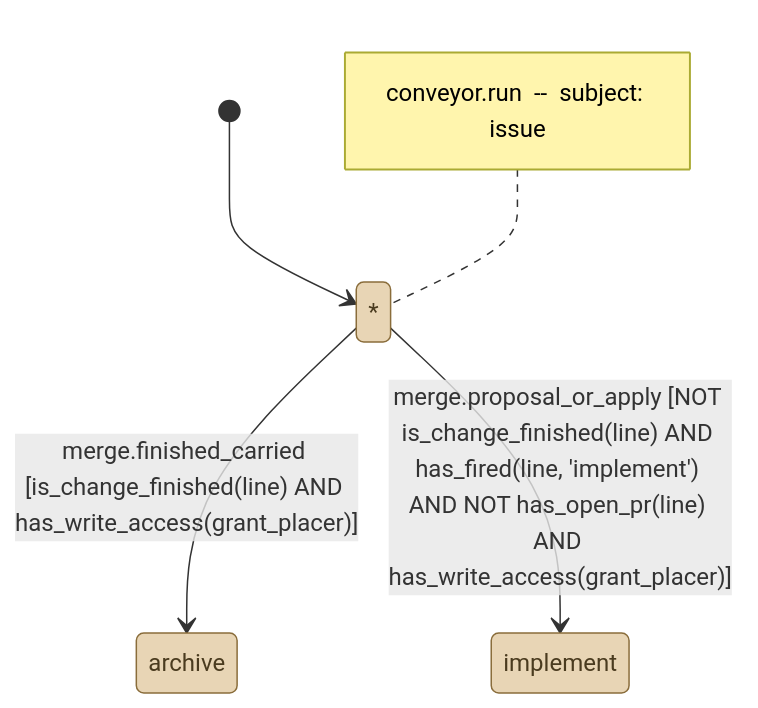
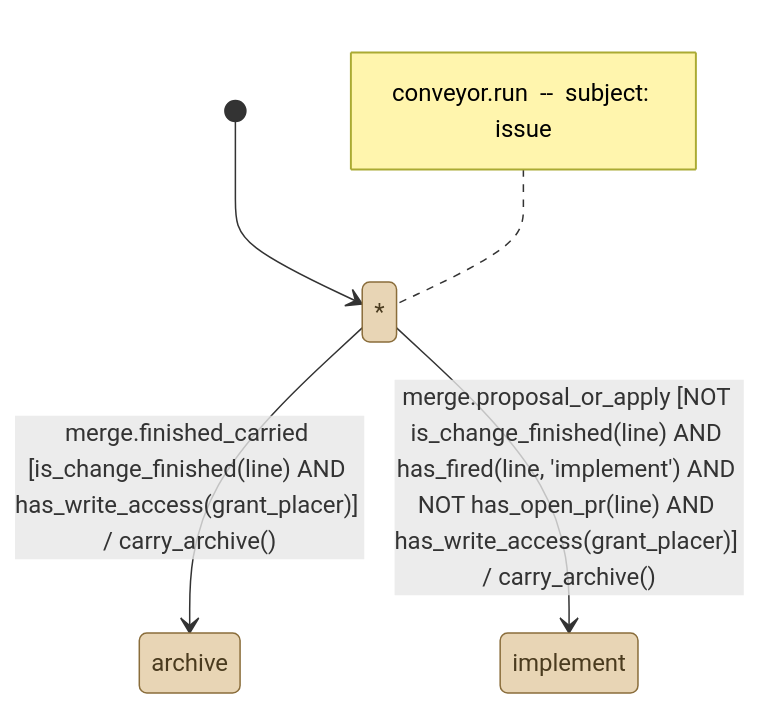
Before and after one commit to kostiantyn-matsebora/agent-ops-operator: the diagram in .github/conveyor-model/mermaid/conveyor_run.mmd, drawn with Mermaid. The commit also changed 10 other files, not shown here.

```diff
--- a/.github/conveyor-model/mermaid/conveyor_run.mmd
+++ b/.github/conveyor-model/mermaid/conveyor_run.mmd
@@ -1,17 +1,17 @@
 stateDiagram-v2
     [*] --> any_state
     note left of any_state
         conveyor.run  --  subject: issue
     end note
     classDef stationState fill:#e8d5b5,stroke:#8a6d3b,color:#4a3b1f
     classDef loopState fill:#c9e4de,stroke:#2f6b5e,color:#1a3b33
     state "*" as any_state
     state none
     state implement
     state fix
     state merge
     state archive
     state stalled
-    any_state --> archive : merge.finished_carried [is_change_finished(line) AND has_write_access(grant_placer)]
-    any_state --> implement : merge.proposal_or_apply [NOT is_change_finished(line) AND has_fired(line, 'implement') AND NOT has_open_pr(line) AND has_write_access(grant_placer)]
+    any_state --> archive : merge.finished_carried [is_change_finished(line) AND has_write_access(grant_placer)] / carry_archive()
+    any_state --> implement : merge.proposal_or_apply [NOT is_change_finished(line) AND has_fired(line, 'implement') AND NOT has_open_pr(line) AND has_write_access(grant_placer)] / carry_archive()
     class none, implement, fix, merge, archive, stalled, any_state stationState
```
